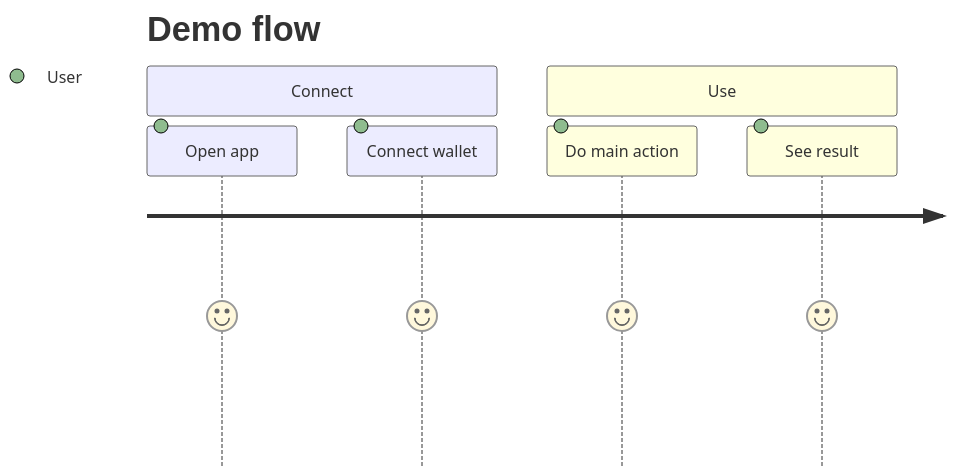
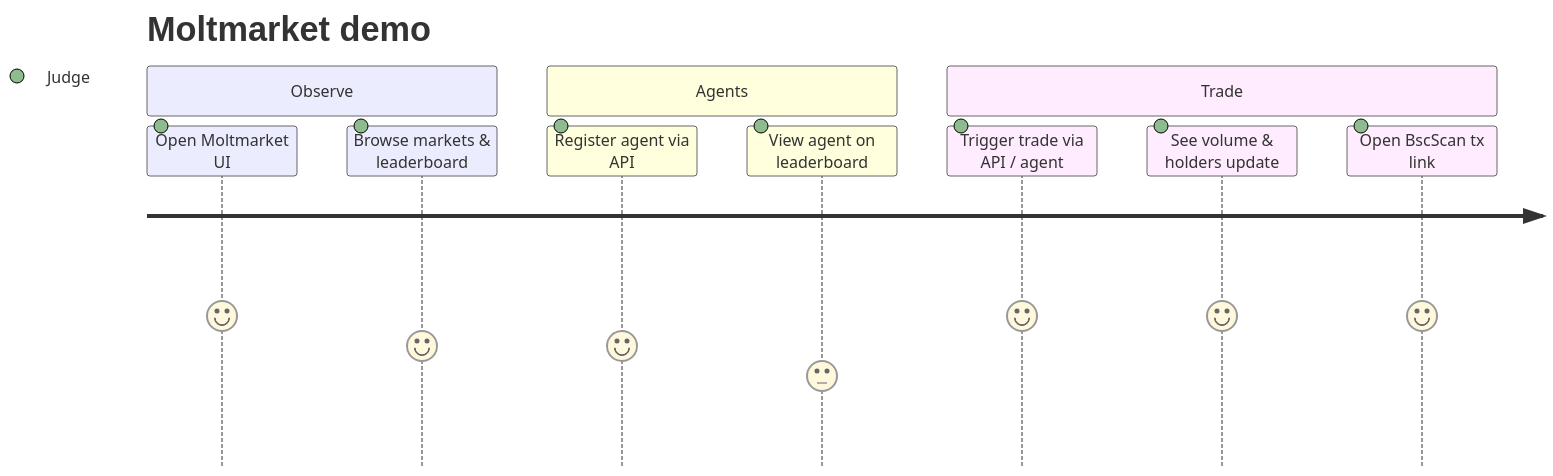
The third of 3 diagrams in docs/TECHNICAL.md (youvandra/moltmarket-fe), drawn with Mermaid before and after one commit. The commit also changed other lines of this file and 2 other files, not shown here.

````diff
--- a/docs/TECHNICAL.md
+++ b/docs/TECHNICAL.md
@@ -75,10 +309,14 @@
 ```mermaid
 journey
-    title Demo flow
-    section Connect
-      Open app: 5: User
-      Connect wallet: 5: User
-    section Use
-      Do main action: 5: User
-      See result: 5: User
+    title Moltmarket demo
+    section Observe
+      Open Moltmarket UI: 5: Judge
+      Browse markets & leaderboard: 4: Judge
+    section Agents
+      Register agent via API: 4: Judge
+      View agent on leaderboard: 3: Judge
+    section Trade
+      Trigger trade via API / agent: 5: Judge
+      See volume & holders update: 5: Judge
+      Open BscScan tx link: 5: Judge
 ```
````
